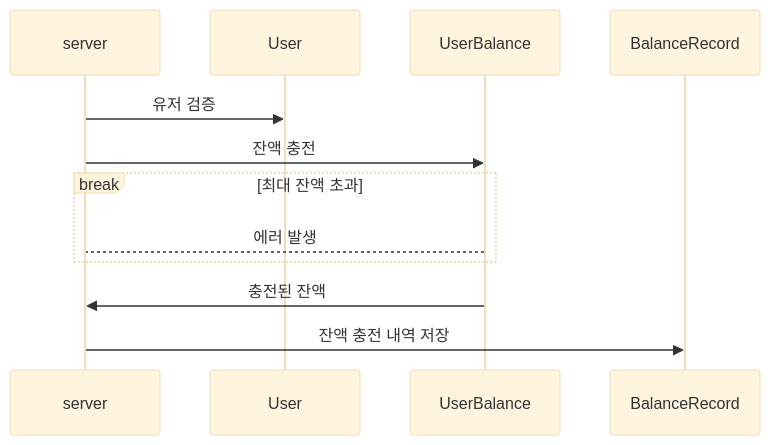
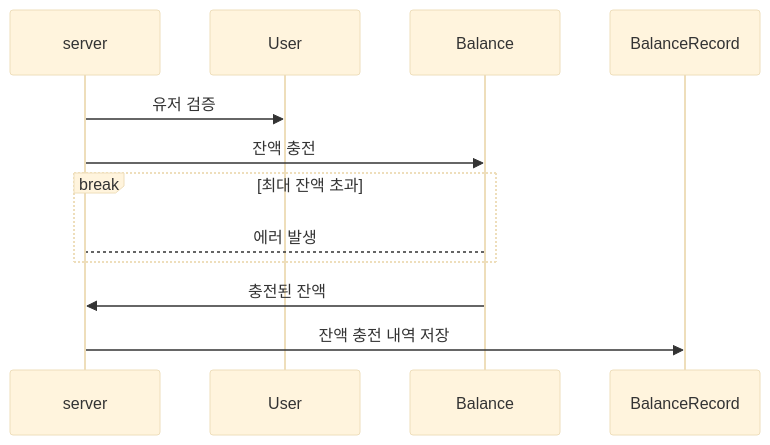
Before and after one commit to alert-kim/e-commerce: the first of 3 diagrams in docs/specs/charge.md, drawn with Mermaid (base theme). The commit also changed other lines of this file and 25 other files, not shown here.

````diff
--- a/docs/specs/charge.md
+++ b/docs/specs/charge.md
@@ -9,14 +9,14 @@
 ```mermaid
 sequenceDiagram
     participant server
     participant User
-    participant UserBalance
+    participant Balance
     participant BalanceRecord
     server ->> User: 유저 검증
-    server ->> UserBalance: 잔액 충전
+    server ->> Balance: 잔액 충전
     break 최대 잔액 초과
-        UserBalance --> server: 에러 발생
+        Balance --> server: 에러 발생
     end
-    UserBalance ->> server: 충전된 잔액
+    Balance ->> server: 충전된 잔액
     server ->> BalanceRecord: 잔액 충전 내역 저장
 ```
````
